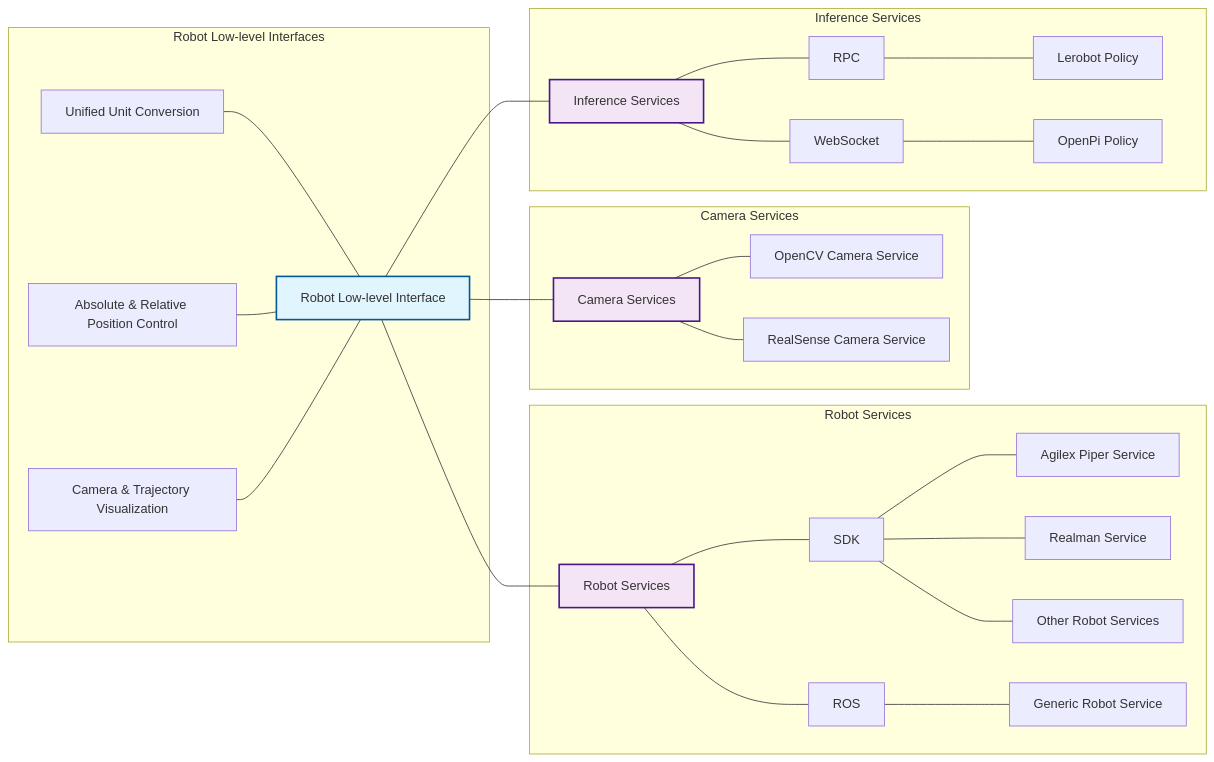
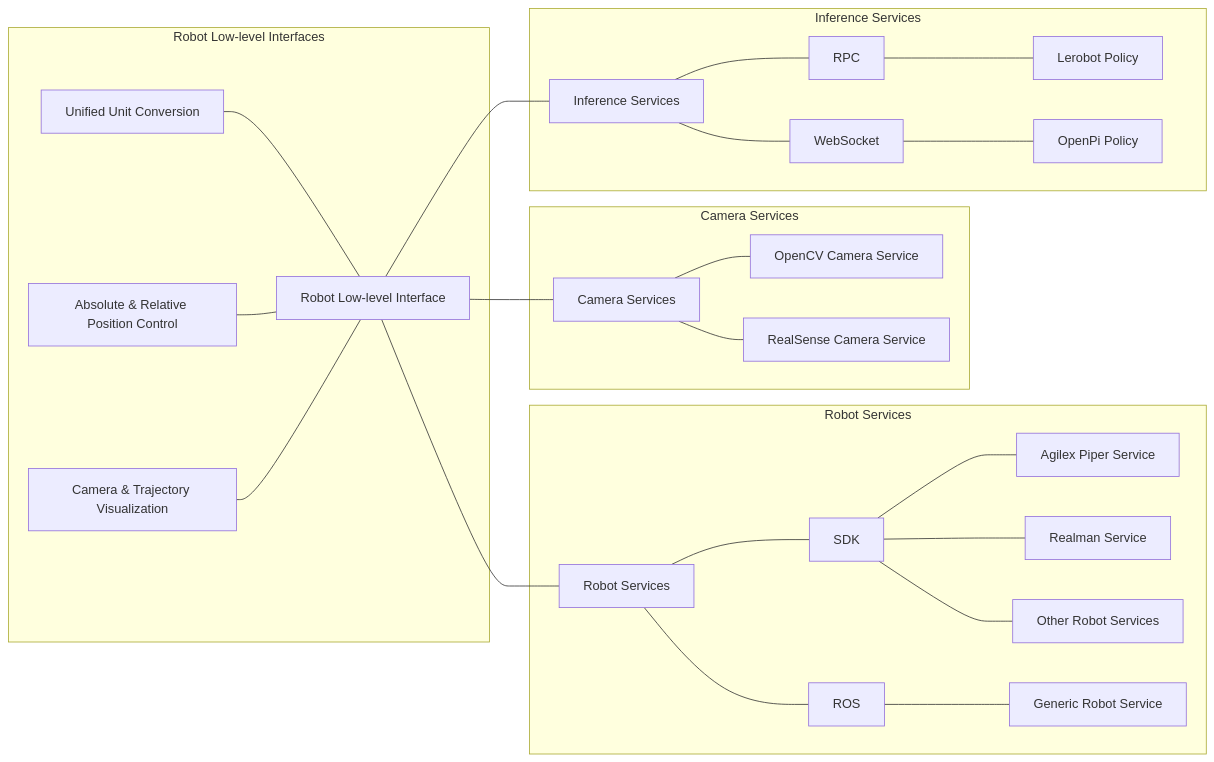
One commit to FlagOpen/RoboCOIN changed the first of 5 diagrams in README.md. Above: the diagram before and after it, drawn with Mermaid. The commit also changed other lines of this file and 1 other file, not shown here.

````diff
--- a/README.md
+++ b/README.md
@@ -95,70 +96,62 @@
 ```mermaid
 graph LR
     subgraph Robot Low-level Interfaces
     A1[Unified Unit Conversion]
     A2[Absolute & Relative Position Control]
     A3[Camera & Trajectory Visualization]
     A[Robot Low-level Interface]
     end
     
     %% Robot Service Layer
     subgraph Robot Services
     C[Robot Services]
     C1[SDK]
     C2[ROS]
     C11[Agilex Piper Service]
     C12[Realman Service]
     C13[Other Robot Services]
     C21[Generic Robot Service]
     end
     
     %% Camera Service Layer
     subgraph Camera Services
     D[Camera Services]
     D1[OpenCV Camera Service]
     D2[RealSense Camera Service]
     end
     
     %% Inference Service Layer
     subgraph Inference Services
     E[Inference Services]
     E1[RPC]
     E11[Lerobot Policy]
     E2[WebSocket]
     E21[OpenPi Policy]
     end
     
     %% Connection Relationships
 
     A1 --- A
     A2 --- A
     A3 --- A
 
     C --- C1
     C --- C2
     C1 --- C11
     C1 --- C12
     C1 --- C13
     C2 --- C21
     
     D --- D1
     D --- D2
 
     E --- E1
     E1 --- E11
     E --- E2
     E2 --- E21
 
     A --- C
     A --- D
     A --- E
     
-    %% Style Definitions
-    classDef interfaceClass fill:#e1f5fe,stroke:#01579b,stroke-width:2px
-    classDef serviceClass fill:#f3e5f5,stroke:#4a148c,stroke-width:2px
-    classDef functionClass fill:#e8f5e8,stroke:#1b5e20,stroke-width:2px
-    
-    class A interfaceClass
-    class B,C,D,E serviceClass
-    class B1,B2,B3,B4,C31,C32 functionClass
 ```
````
